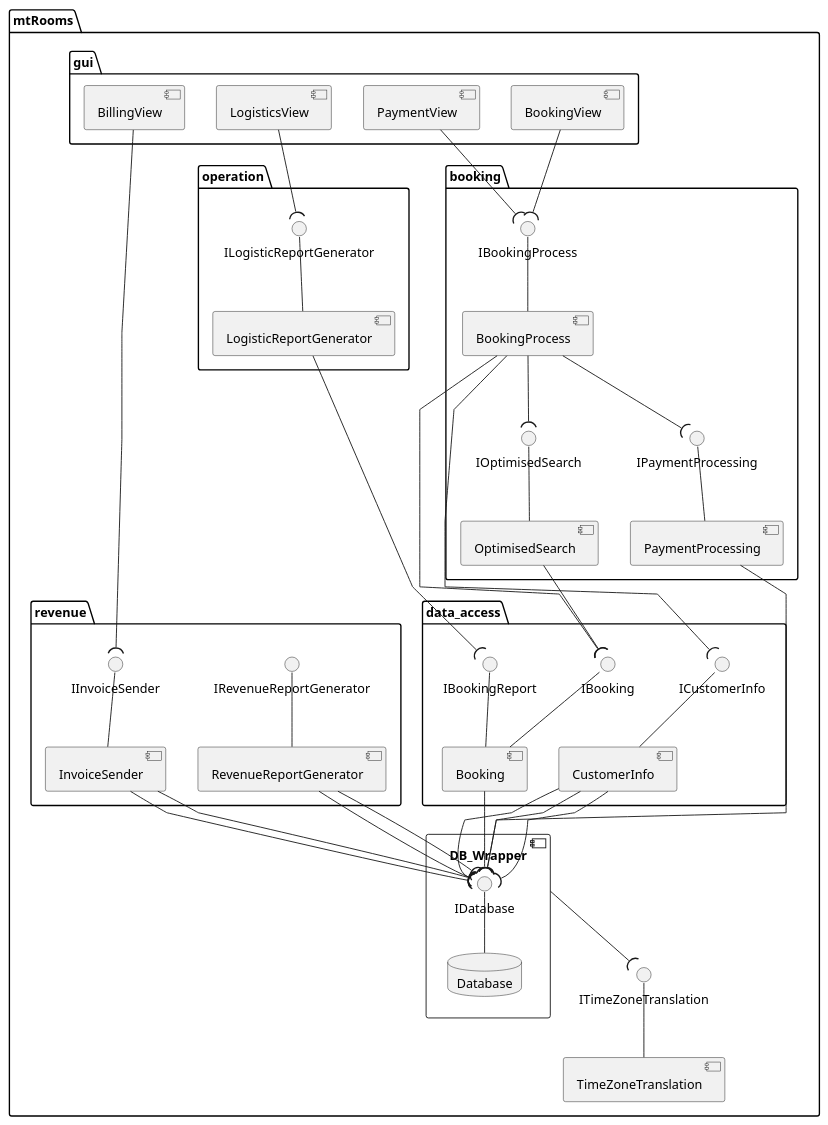
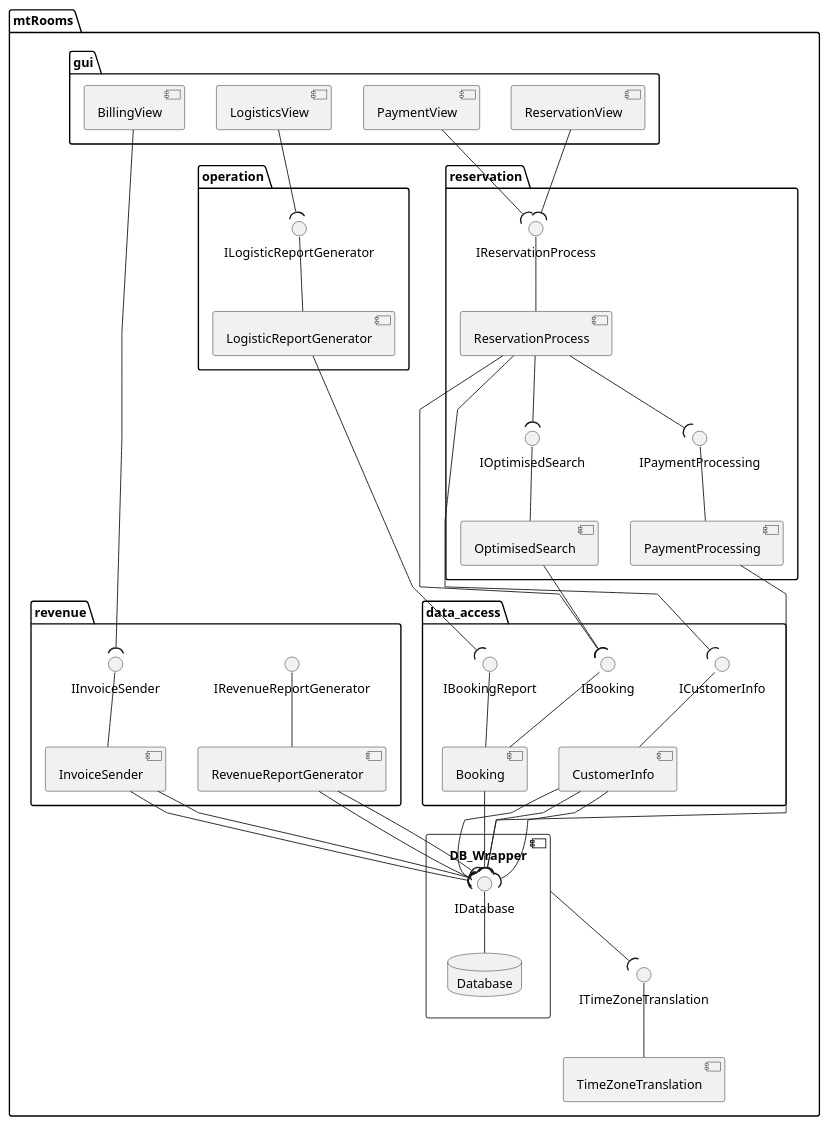
Before and after one commit to BBKbeam/mtRooms: the diagram in docs/uml/architecture.puml, drawn with PlantUML. The commit also changed 1 other file, not shown here.

Commit message:
[UML] Modified 'booking' vocabulary to 'reservation'

```diff
--- a/docs/uml/architecture.puml
+++ b/docs/uml/architecture.puml
@@ -1,95 +1,95 @@
 @startuml
 
 'skinparam linetype ortho
 skinparam linetype polyline
 
 package mtRooms {
     package "gui" {
         [BillingView]
         [LogisticsView]
-        [BookingView]
+        [ReservationView]
         [PaymentView]
     }
 
-    package "booking" {
-        interface IBookingProcess
-        [BookingProcess]
+    package "reservation" {
+        interface IReservationProcess
+        [ReservationProcess]
         interface IOptimisedSearch
         [OptimisedSearch]
         interface IPaymentProcessing
         [PaymentProcessing]
 
-        IBookingProcess -- BookingProcess
+        IReservationProcess -- ReservationProcess
         IOptimisedSearch -- OptimisedSearch
 
-        BookingProcess --( IOptimisedSearch
+        ReservationProcess --( IOptimisedSearch
     }
 
     package "data_access" {
         interface IBooking
         interface IBookingReport
         [Booking]
         interface ICustomerInfo
         [CustomerInfo]
 
         IBooking -- Booking
         IBookingReport -- Booking
         ICustomerInfo -- CustomerInfo
         IPaymentProcessing -- PaymentProcessing
     }
 
     package "revenue" {
         [RevenueReportGenerator]
         interface IRevenueReportGenerator
         [InvoiceSender]
         interface IInvoiceSender
 
         IRevenueReportGenerator -- RevenueReportGenerator
         IInvoiceSender -- InvoiceSender
     }
 
     package "operation" {
         [LogisticReportGenerator]
         interface ILogisticReportGenerator
 
         ILogisticReportGenerator -- LogisticReportGenerator
     }
 
     component DB_Wrapper {
         interface IDatabase
         database Database
 
         IDatabase -- Database
     }
     
     interface ITimeZoneTranslation
     [TimeZoneTranslation]
     ITimeZoneTranslation -- TimeZoneTranslation
     
     DB_Wrapper --( ITimeZoneTranslation
     
 
     IInvoiceSender )-up- BillingView
     ILogisticReportGenerator )-up- LogisticsView
-    BookingView --( IBookingProcess
-    PaymentView --( IBookingProcess
+    ReservationView --( IReservationProcess
+    PaymentView --( IReservationProcess
 
-    BookingProcess --( IPaymentProcessing
-    BookingProcess --( IBooking
-    BookingProcess --( ICustomerInfo
+    ReservationProcess --( IPaymentProcessing
+    ReservationProcess --( IBooking
+    ReservationProcess --( ICustomerInfo
     OptimisedSearch --( IBooking
 
     Booking --( IDatabase
     CustomerInfo --( IDatabase
     CustomerInfo --( IDatabase
     CustomerInfo --( IDatabase
 
     PaymentProcessing --( IDatabase
     LogisticReportGenerator --( IBookingReport
     InvoiceSender --( IDatabase
     InvoiceSender --( IDatabase
     RevenueReportGenerator --( IDatabase
     RevenueReportGenerator --( IDatabase
 }
 
 @enduml
```
